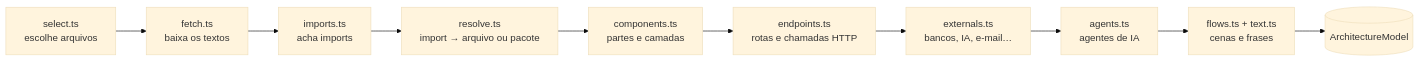
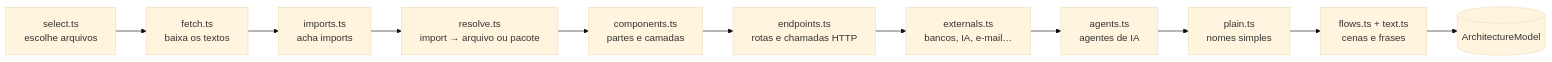
One commit to Yourdevdaniel/repartments changed the diagram in docs/analise.md. Above: the diagram before and after it, drawn with Mermaid (base theme). The commit also changed other lines of this file and 9 other files, not shown here.

````diff
--- a/docs/analise.md
+++ b/docs/analise.md
@@ -5,12 +5,13 @@
 ```mermaid
 flowchart LR
   A[select.ts<br/>escolhe arquivos] --> B[fetch.ts<br/>baixa os textos]
   B --> C[imports.ts<br/>acha imports]
   C --> D[resolve.ts<br/>import → arquivo ou pacote]
   D --> E[components.ts<br/>partes e camadas]
   E --> F[endpoints.ts<br/>rotas e chamadas HTTP]
   F --> G[externals.ts<br/>bancos, IA, e-mail…]
   G --> H[agents.ts<br/>agentes de IA]
-  H --> I[flows.ts + text.ts<br/>cenas e frases]
+  H --> P[plain.ts<br/>nomes simples]
+  P --> I[flows.ts + text.ts<br/>cenas e frases]
   I --> M[(ArchitectureModel)]
 ```
````
